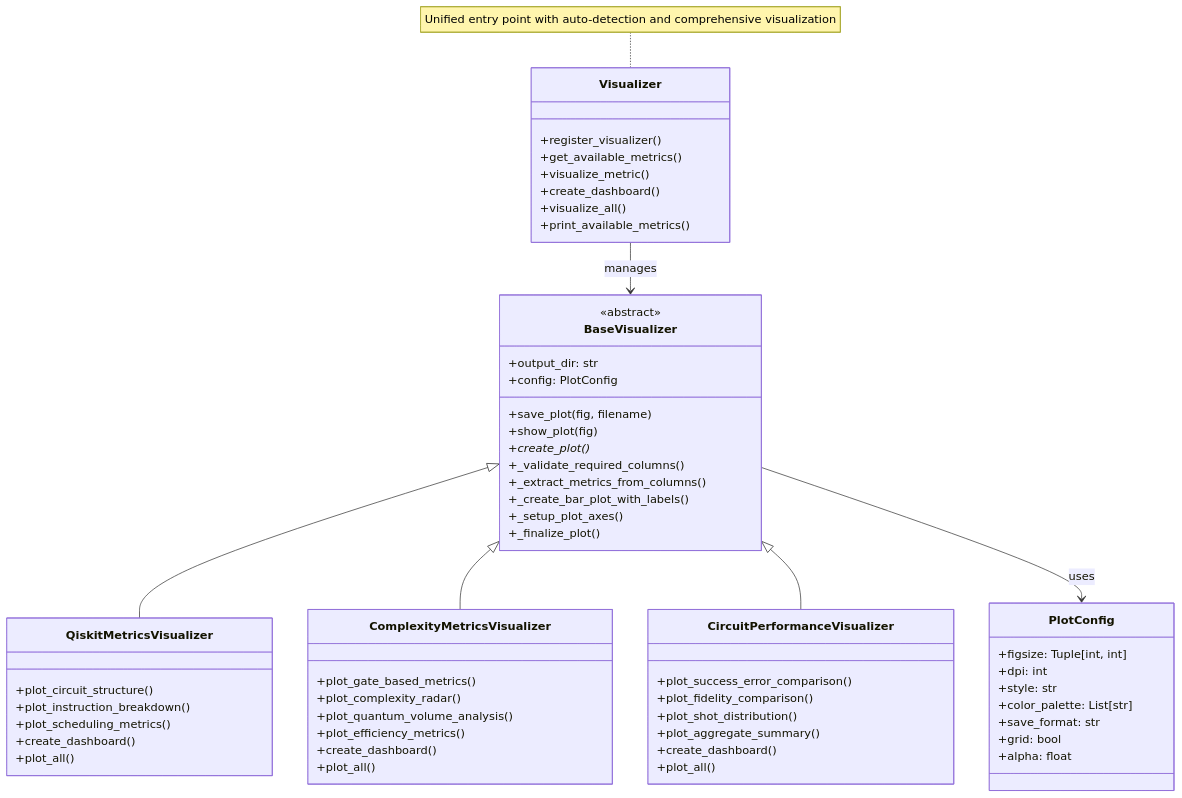
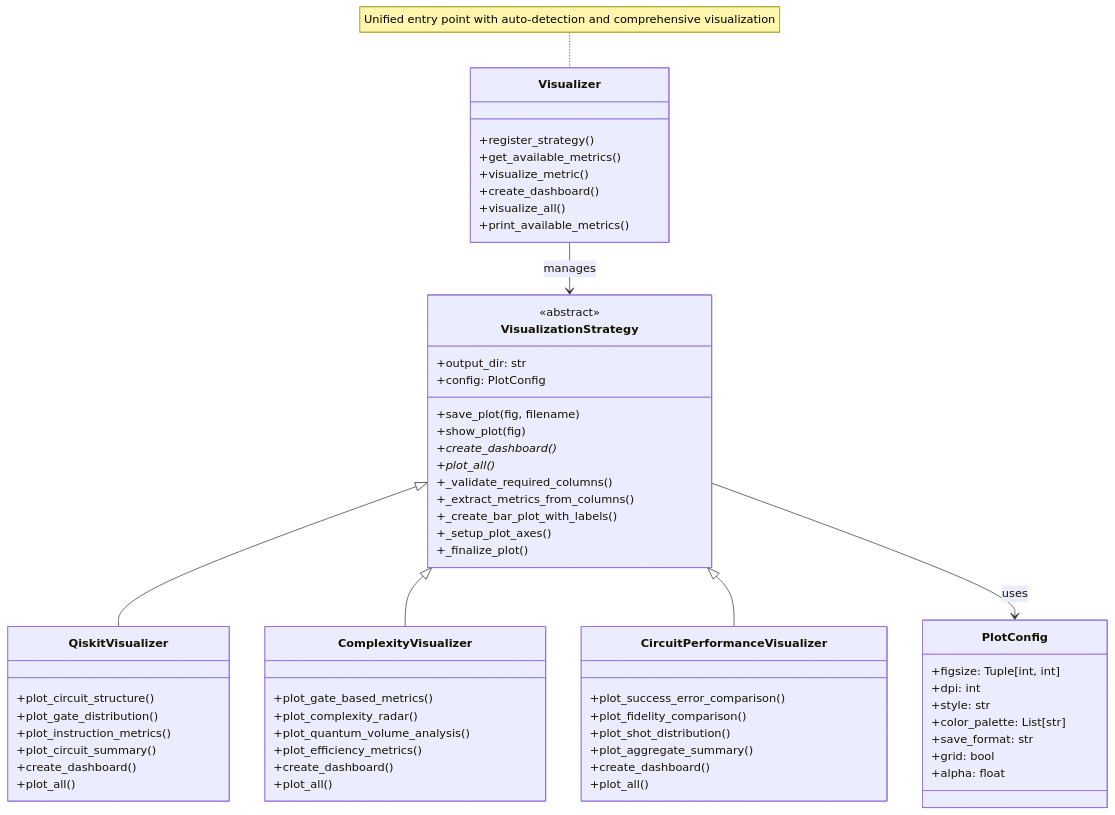
The diagram in docs/visualization_guide.md (xthecapx/qiskit-qward), drawn with Mermaid before and after one commit. The commit also changed other lines of this file and 37 other files, not shown here.

````diff
--- a/docs/visualization_guide.md
+++ b/docs/visualization_guide.md
@@ -19,69 +19,71 @@
 ```{mermaid}
 classDiagram
-    class BaseVisualizer {
+    class VisualizationStrategy {
         <<abstract>>
         +output_dir: str
         +config: PlotConfig
         +save_plot(fig, filename)
         +show_plot(fig)
-        +create_plot()*
+        +create_dashboard()*
+        +plot_all()*
         +_validate_required_columns()
         +_extract_metrics_from_columns()
         +_create_bar_plot_with_labels()
         +_setup_plot_axes()
         +_finalize_plot()
     }
     
     class PlotConfig {
         +figsize: Tuple[int, int]
         +dpi: int
         +style: str
         +color_palette: List[str]
         +save_format: str
         +grid: bool
         +alpha: float
     }
     
-    class QiskitMetricsVisualizer {
+    class QiskitVisualizer {
         +plot_circuit_structure()
-        +plot_instruction_breakdown()
-        +plot_scheduling_metrics()
+        +plot_gate_distribution()
+        +plot_instruction_metrics()
+        +plot_circuit_summary()
         +create_dashboard()
         +plot_all()
     }
     
-    class ComplexityMetricsVisualizer {
+    class ComplexityVisualizer {
         +plot_gate_based_metrics()
         +plot_complexity_radar()
         +plot_quantum_volume_analysis()
         +plot_efficiency_metrics()
         +create_dashboard()
         +plot_all()
     }
     
     class CircuitPerformanceVisualizer {
         +plot_success_error_comparison()
         +plot_fidelity_comparison()
         +plot_shot_distribution()
         +plot_aggregate_summary()
         +create_dashboard()
         +plot_all()
     }
     
     class Visualizer {
-        +register_visualizer()
+        +register_strategy()
         +get_available_metrics()
         +visualize_metric()
         +create_dashboard()
         +visualize_all()
         +print_available_metrics()
     }
 
-    BaseVisualizer <|-- QiskitMetricsVisualizer
-    BaseVisualizer <|-- ComplexityMetricsVisualizer
-    BaseVisualizer <|-- CircuitPerformanceVisualizer
-    BaseVisualizer --> PlotConfig : uses
-    Visualizer --> BaseVisualizer : manages
+    VisualizationStrategy <|-- QiskitVisualizer
+    VisualizationStrategy <|-- ComplexityVisualizer
+    VisualizationStrategy <|-- CircuitPerformanceVisualizer
+    VisualizationStrategy --> PlotConfig : uses
+    Visualizer --> VisualizationStrategy : manages
     
     note for Visualizer "Unified entry point with auto-detection and comprehensive visualization"
 ```
````
